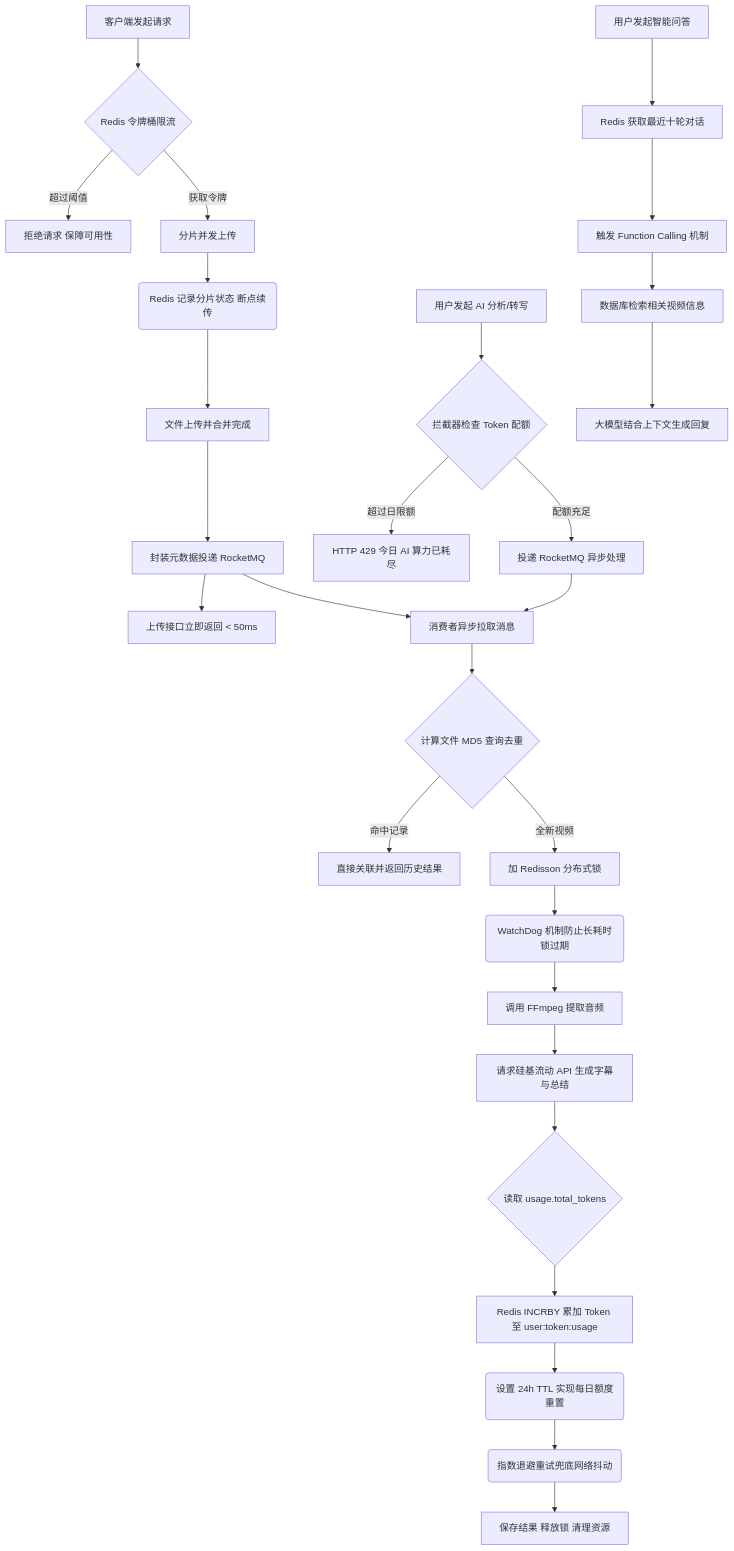
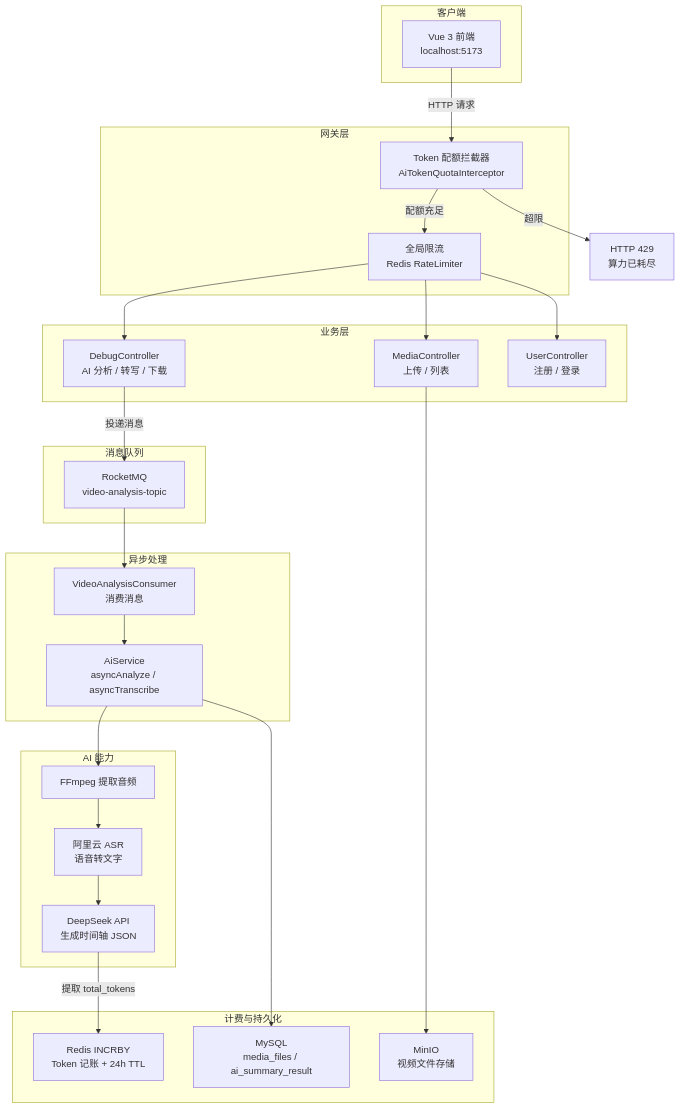
One commit to beibei31/SmartVideo-Engine changed the diagram in README.md. Above: the diagram before and after it, drawn with Mermaid. The commit also changed other lines of this file, not shown here.

Commit message:
docs: complete README overhaul with redesigned architecture diagram

````diff
--- a/README.md
+++ b/README.md
@@ -93,35 +65,54 @@
 ```mermaid
-graph TD
-    A[客户端发起请求] --> B{Redis 令牌桶限流}
-    B -- 超过阈值 --> C[拒绝请求 保障可用性]
-    B -- 获取令牌 --> D[分片并发上传]
-    D --> E(Redis 记录分片状态 断点续传)
-    E --> F[文件上传并合并完成]
+graph TB
+    subgraph 客户端
+        A[Vue 3 前端<br/>localhost:5173]
+    end
 
-    F --> G[封装元数据投递 RocketMQ]
-    G --> H[上传接口立即返回 < 50ms]
+    subgraph 网关层
+        B[Token 配额拦截器<br/>AiTokenQuotaInterceptor]
+        C[全局限流<br/>Redis RateLimiter]
+    end
 
-    G --> I[消费者异步拉取消息]
-    I --> J{计算文件 MD5 查询去重}
-    J -- 命中记录 --> K[直接关联并返回历史结果]
-    J -- 全新视频 --> L[加 Redisson 分布式锁]
+    subgraph 业务层
+        D[MediaController<br/>上传 / 列表]
+        E[DebugController<br/>AI 分析 / 转写 / 下载]
+        F[UserController<br/>注册 / 登录]
+    end
 
-    L --> M(WatchDog 机制防止长耗时锁过期)
-    M --> N[调用 FFmpeg 提取音频]
-    N --> O[请求硅基流动 API 生成字幕与总结]
-    O --> P{读取 usage.total_tokens}
-    P --> Q[Redis INCRBY 累加 Token 至 user:token:usage]
-    Q --> R(设置 24h TTL 实现每日额度重置)
-    R --> S(指数退避重试兜底网络抖动)
-    S --> T[保存结果 释放锁 清理资源]
+    subgraph 消息队列
+        G[RocketMQ<br/>video-analysis-topic]
+    end
 
-    U[用户发起 AI 分析/转写] --> V{拦截器检查 Token 配额}
-    V -- 超过日限额 --> W[HTTP 429 今日 AI 算力已耗尽]
-    V -- 配额充足 --> X[投递 RocketMQ 异步处理]
-    X --> I
+    subgraph 异步处理
+        H[VideoAnalysisConsumer<br/>消费消息]
+        I[AiService<br/>asyncAnalyze / asyncTranscribe]
+    end
 
-    Y[用户发起智能问答] --> Z[Redis 获取最近十轮对话]
-    Z --> AA[触发 Function Calling 机制]
-    AA --> AB[数据库检索相关视频信息]
-    AB --> AC[大模型结合上下文生成回复]
+    subgraph AI 能力
+        J[FFmpeg 提取音频]
+        K[阿里云 ASR<br/>语音转文字]
+        L[DeepSeek API<br/>生成时间轴 JSON]
+    end
+
+    subgraph 计费与持久化
+        M[Redis INCRBY<br/>Token 记账 + 24h TTL]
+        N[MySQL<br/>media_files / ai_summary_result]
+        O[MinIO<br/>视频文件存储]
+    end
+
+    A -->|HTTP 请求| B
+    B -->|配额充足| C
+    B -->|超限| Z[HTTP 429<br/>算力已耗尽]
+    C --> D
+    C --> E
+    C --> F
+    E -->|投递消息| G
+    G --> H
+    H --> I
+    I --> J
+    J --> K
+    K --> L
+    L -->|提取 total_tokens| M
+    I --> N
+    D --> O
 ```
````
